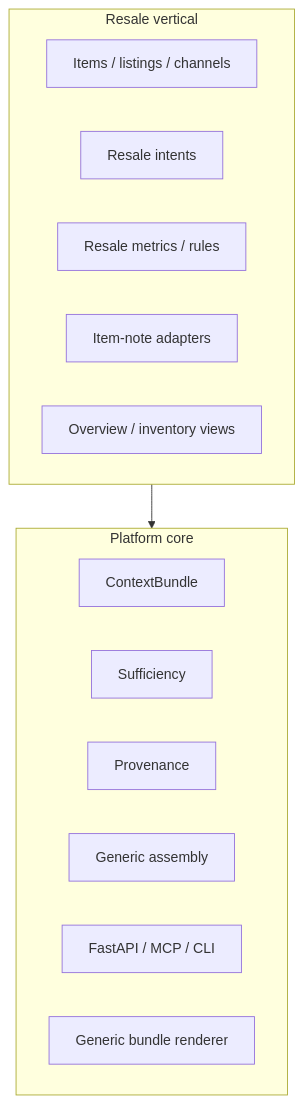
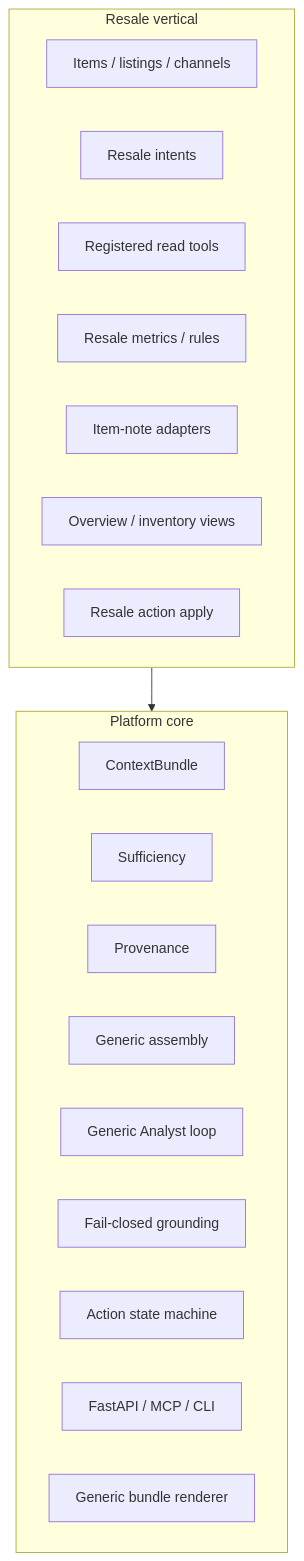
One commit to sebmvp/commerce-data-platform changed the third of 6 diagrams in ARCHITECTURE.md. Above: the diagram before and after it, drawn with Mermaid. The commit also changed other lines of this file and 76 other files, not shown here.

````diff
--- a/ARCHITECTURE.md
+++ b/ARCHITECTURE.md
@@ -64,19 +65,24 @@
 ```mermaid
 flowchart TB
   subgraph core [Platform core]
     bundle[ContextBundle]
     suff[Sufficiency]
     prov[Provenance]
     assemble[Generic assembly]
+    analystCore[Generic Analyst loop]
+    ground[Fail-closed grounding]
+    actions[Action state machine]
     ifaces[FastAPI / MCP / CLI]
     inspector[Generic bundle renderer]
   end
   subgraph resale [Resale vertical]
     items[Items / listings / channels]
     intents[Resale intents]
+    tools[Registered read tools]
     metrics[Resale metrics / rules]
     notesAdapter[Item-note adapters]
     views[Overview / inventory views]
+    apply[Resale action apply]
   end
   resale --> core
 ```
````
